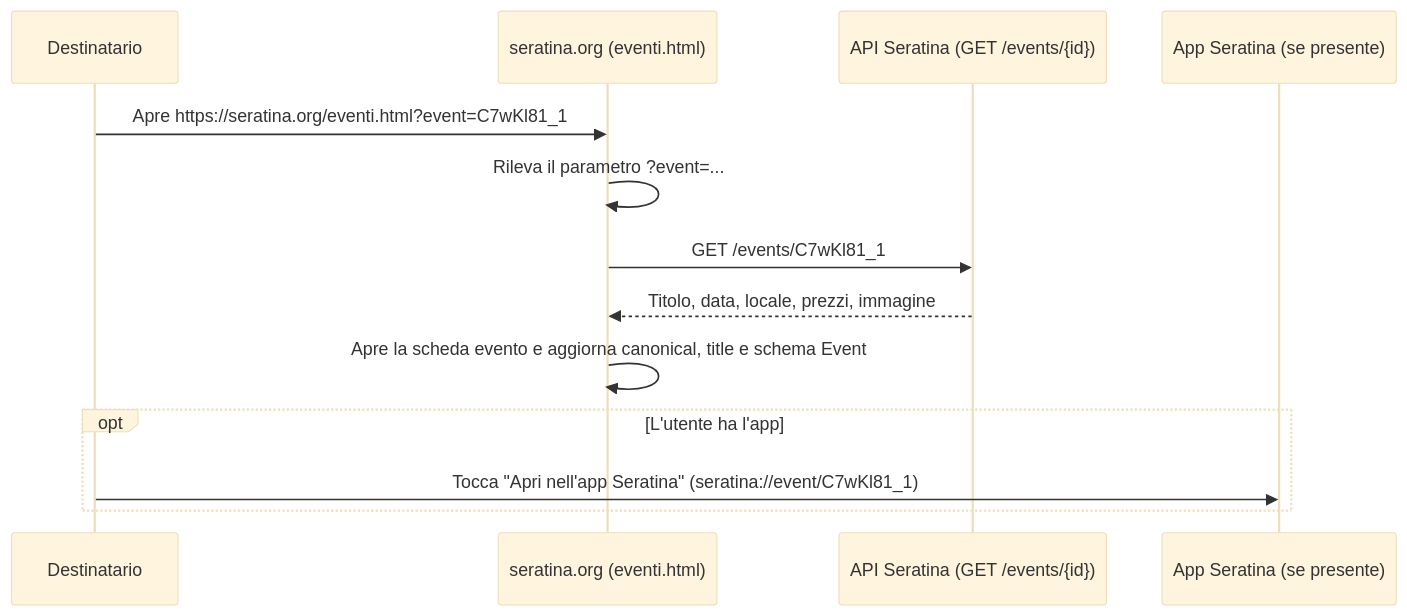
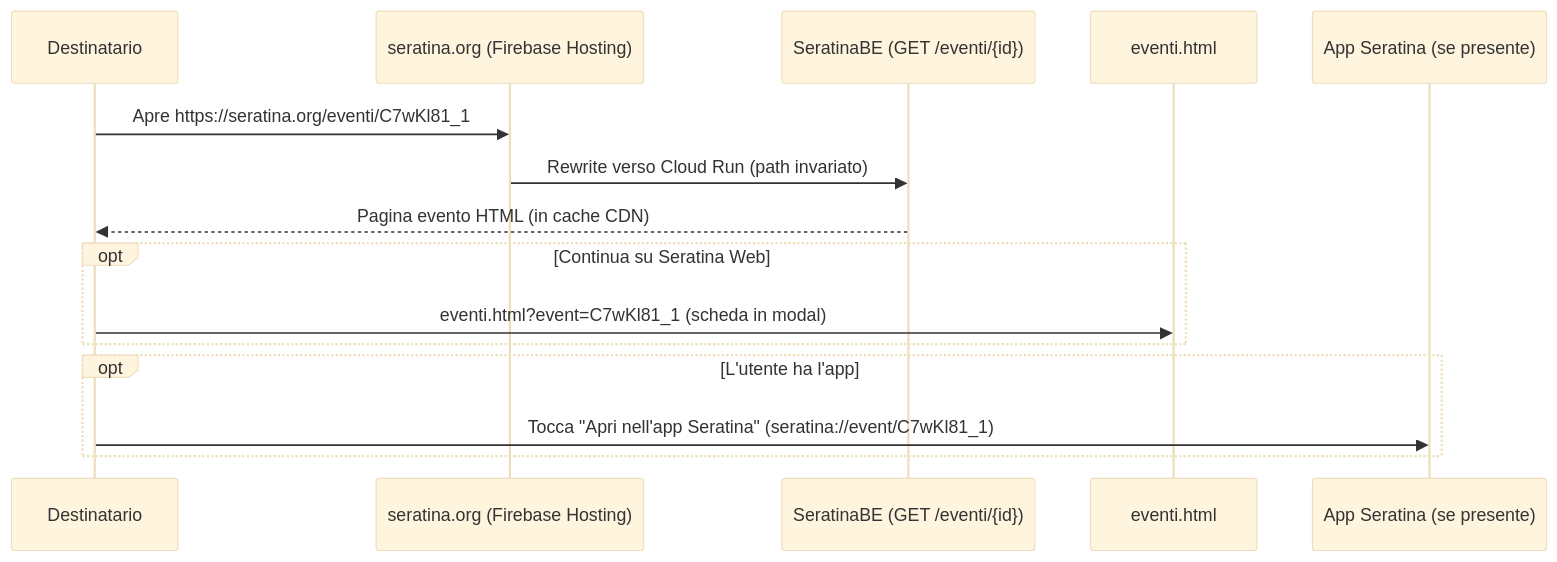
Before and after one commit to AvengersDevDreamTeam/SeratinaWeb: the diagram in docs/deep-linking.md, drawn with Mermaid (base theme). The commit also changed other lines of this file and 9 other files, not shown here.

````diff
--- a/docs/deep-linking.md
+++ b/docs/deep-linking.md
@@ -21,16 +21,18 @@
 ```mermaid
 sequenceDiagram
     participant User as Destinatario
-    participant Web as seratina.org (eventi.html)
-    participant API as API Seratina (GET /events/{id})
+    participant Hosting as seratina.org (Firebase Hosting)
+    participant BE as SeratinaBE (GET /eventi/{id})
+    participant Web as eventi.html
     participant App as App Seratina (se presente)
 
-    User->>Web: Apre https://seratina.org/eventi.html?event=C7wKl81_1
-    Web->>Web: Rileva il parametro ?event=...
-    Web->>API: GET /events/C7wKl81_1
-    API-->>Web: Titolo, data, locale, prezzi, immagine
-    Web->>Web: Apre la scheda evento e aggiorna canonical, title e schema Event
+    User->>Hosting: Apre https://seratina.org/eventi/C7wKl81_1
+    Hosting->>BE: Rewrite verso Cloud Run (path invariato)
+    BE-->>User: Pagina evento HTML (in cache CDN)
+    opt Continua su Seratina Web
+        User->>Web: eventi.html?event=C7wKl81_1 (scheda in modal)
+    end
     opt L'utente ha l'app
         User->>App: Tocca "Apri nell'app Seratina" (seratina://event/C7wKl81_1)
     end
 ```
````
